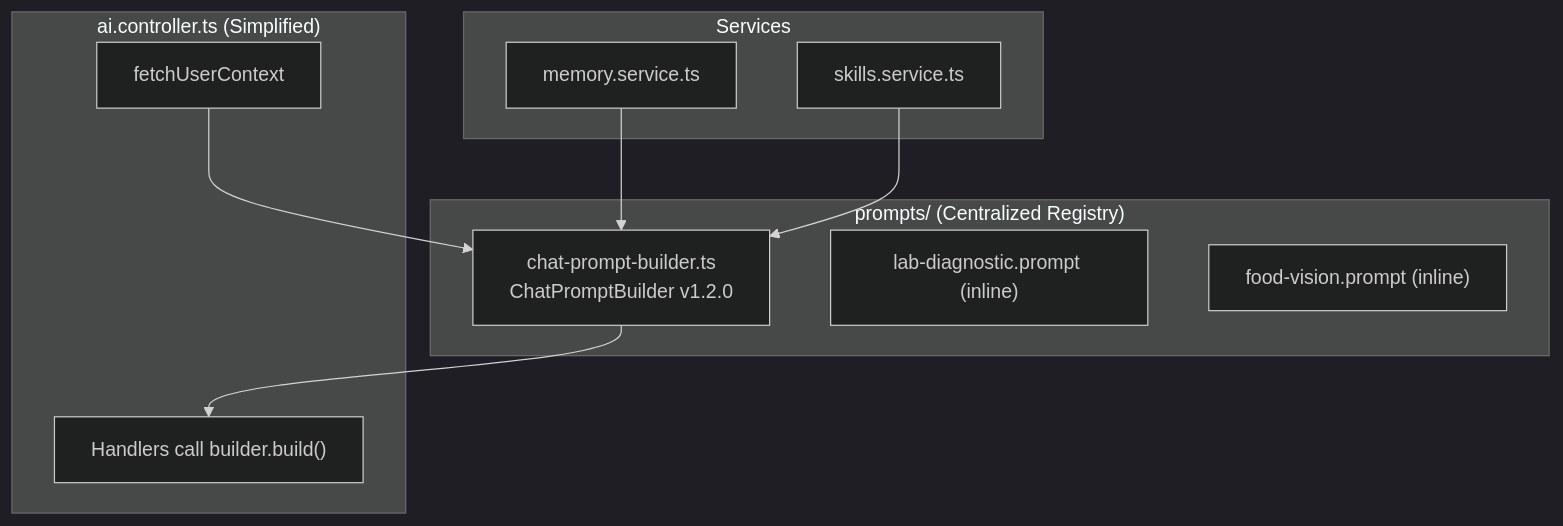
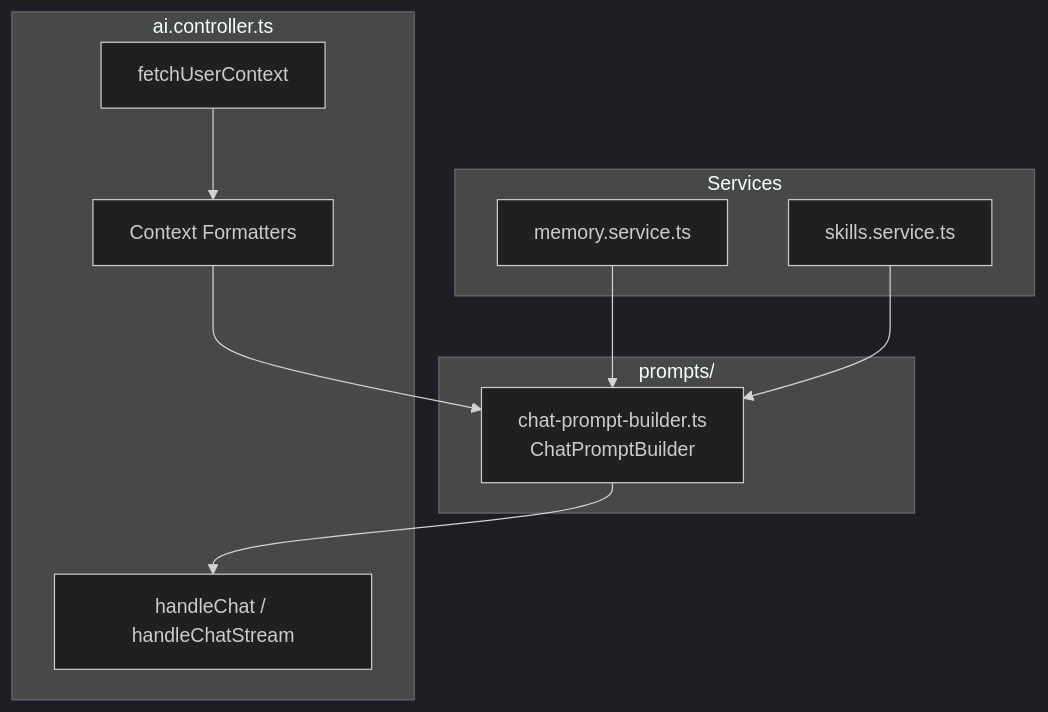
The diagram in docs/prompt_architecture.md (S4rikk/vitograph), drawn with Mermaid (dark theme) before and after one commit. The commit also changed other lines of this file and 10 other files, not shown here.

````diff
--- a/docs/prompt_architecture.md
+++ b/docs/prompt_architecture.md
@@ -13,23 +12,23 @@
 ```mermaid
 graph TB
-    subgraph "prompts/ (Centralized Registry)"
-        CB["chat-prompt-builder.ts\nChatPromptBuilder v1.2.0"]
-        LP["lab-diagnostic.prompt (inline)"]
-        FP["food-vision.prompt (inline)"]
+    subgraph "prompts/"
+        CB["chat-prompt-builder.ts<br/>ChatPromptBuilder"]
     end
     
-    subgraph "ai.controller.ts (Simplified)"
+    subgraph "ai.controller.ts"
         FC[fetchUserContext]
-        HANDLERS["Handlers call builder.build()"]
+        FMT["Context Formatters"]
+        HANDLERS["handleChat / handleChatStream"]
     end
     
     subgraph "Services"
         MS[memory.service.ts]
         SS[skills.service.ts]
     end
 
-    FC --> CB
+    FC --> FMT
+    FMT --> CB
     MS --> CB
     SS --> CB
     CB --> HANDLERS
 ```
````
